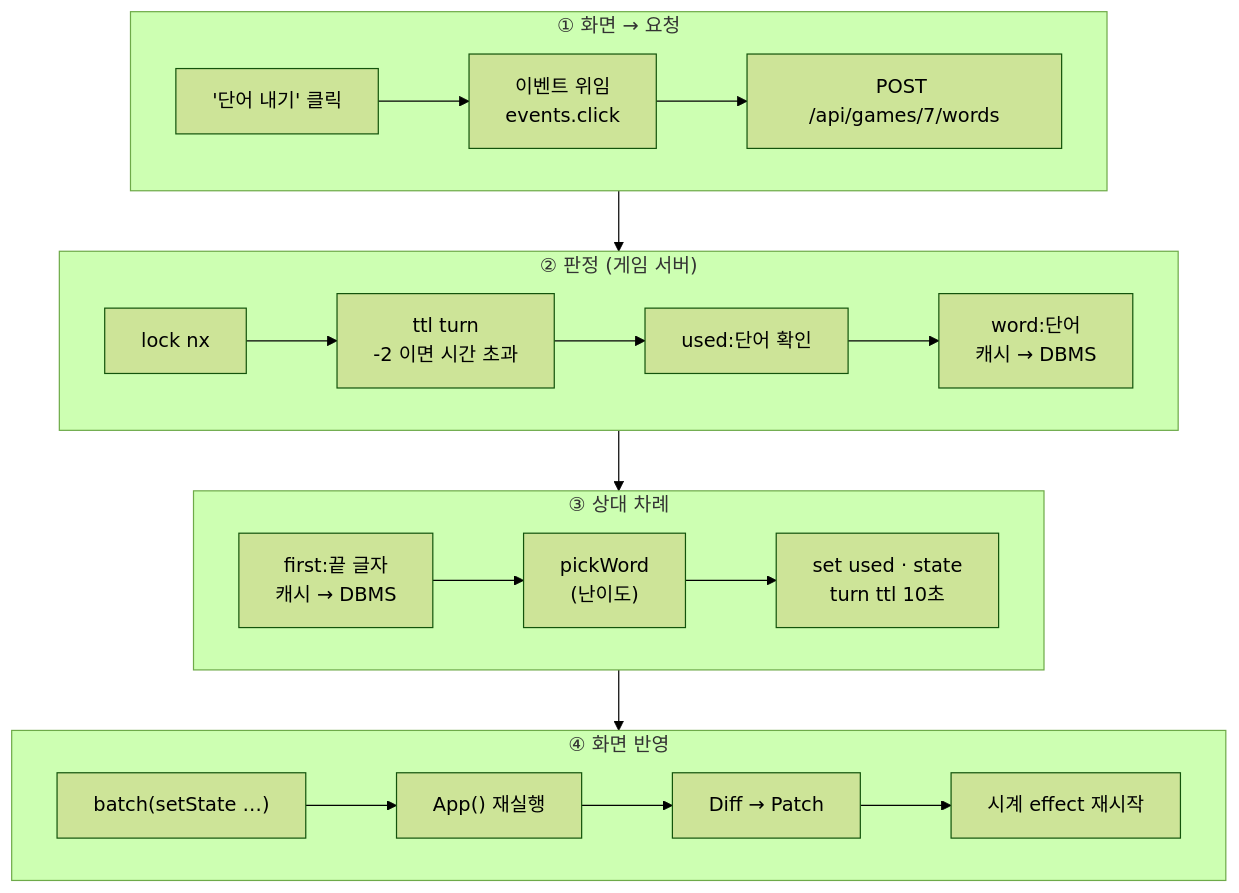
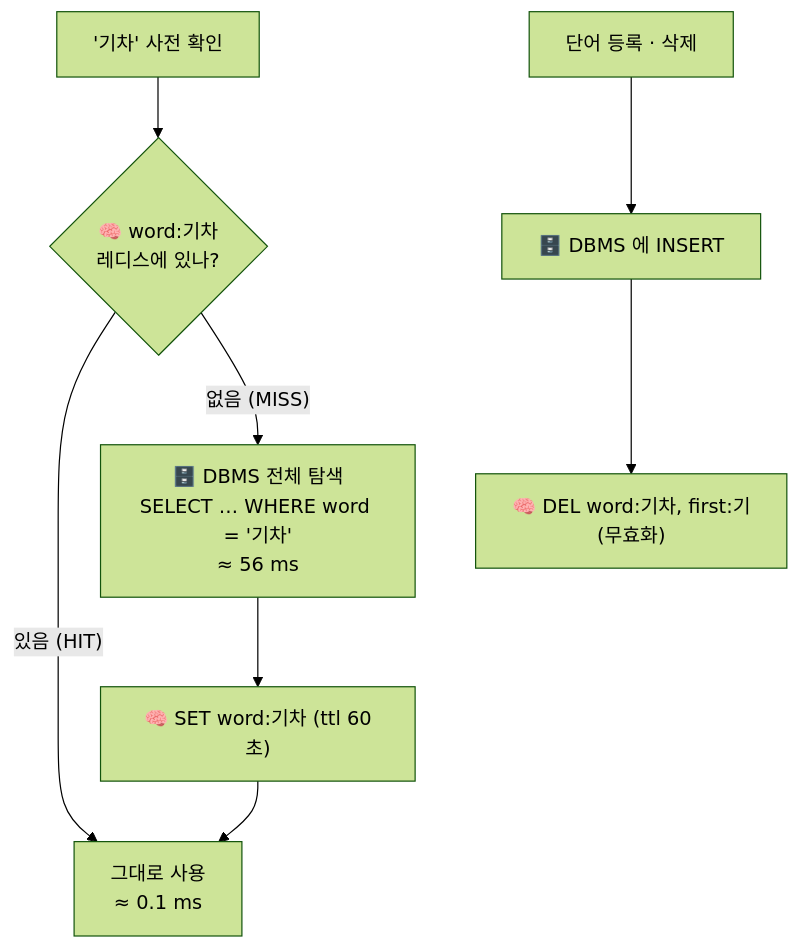
Before and after one commit to ririzu1202/shiritori: the third of 4 diagrams in README.md, drawn with Mermaid (forest theme). The commit also changed other lines of this file, not shown here.

````diff
--- a/README.md
+++ b/README.md
@@ -353,26 +174,10 @@
 ```mermaid
 flowchart TB
-  subgraph web["① 화면 → 요청"]
-    direction LR
-    A["'단어 내기' 클릭"] --> B["이벤트 위임<br/>events.click"]
-    B --> C["POST /api/games/7/words"]
-  end
-  subgraph check["② 판정 (게임 서버)"]
-    direction LR
-    D["lock nx"] --> E["ttl turn<br/>-2 이면 시간 초과"]
-    E --> F["used:단어 확인"]
-    F --> G["word:단어<br/>캐시 → DBMS"]
-  end
-  subgraph reply["③ 상대 차례"]
-    direction LR
-    H["first:끝 글자<br/>캐시 → DBMS"] --> I["pickWord<br/>(난이도)"]
-    I --> J["set used · state<br/>turn ttl 10초"]
-  end
-  subgraph render["④ 화면 반영"]
-    direction LR
-    K["batch(setState …)"] --> L["App() 재실행"]
-    L --> M["Diff → Patch"]
-    M --> N["시계 effect 재시작"]
-  end
-  web --> check --> reply --> render
+  A["'기차' 사전 확인"] --> B{"🧠 word:기차<br/>레디스에 있나?"}
+  B -- "있음 (HIT)" --> C["그대로 사용<br/>≈ 0.1 ms"]
+  B -- "없음 (MISS)" --> D["🗄️ DBMS 전체 탐색<br/>SELECT … WHERE word = '기차'<br/>≈ 56 ms"]
+  D --> E["🧠 SET word:기차 (ttl 60초)"]
+  E --> C
+  F["단어 등록 · 삭제"] --> G["🗄️ DBMS 에 INSERT"]
+  G --> H["🧠 DEL word:기차, first:기<br/>(무효화)"]
 ```
````
